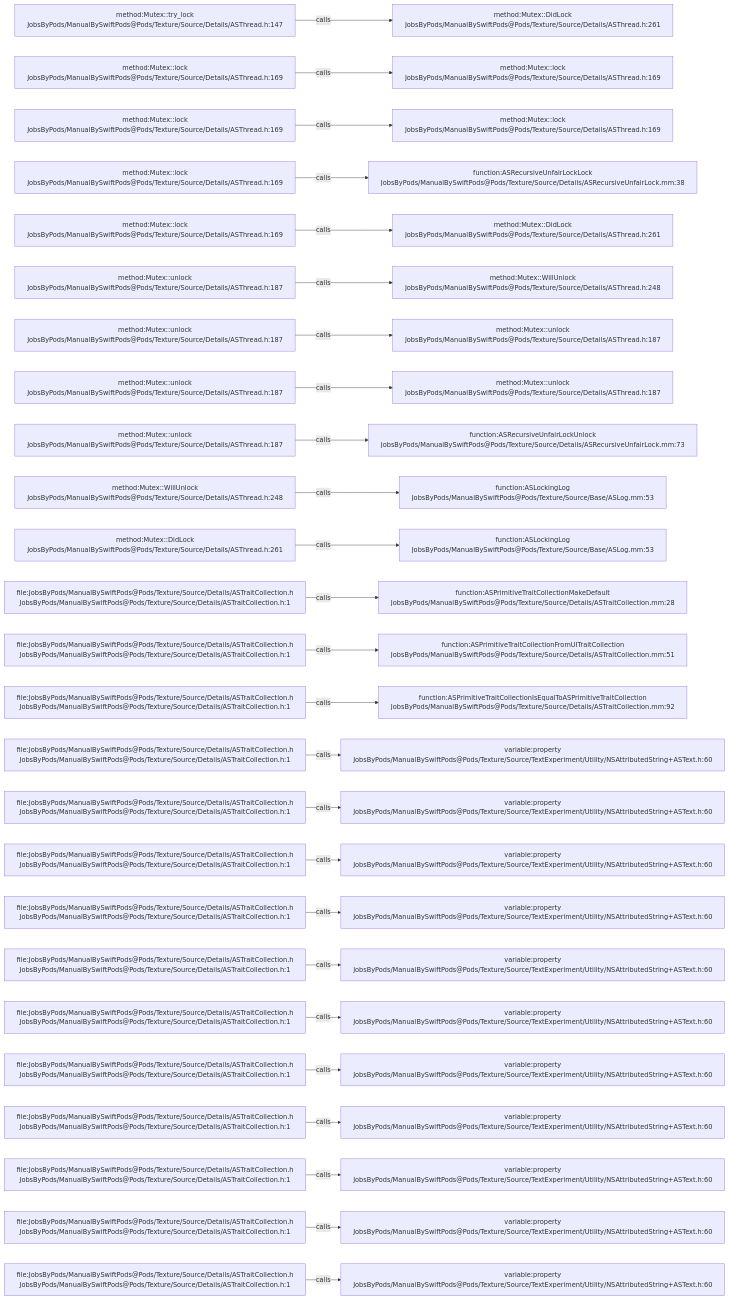
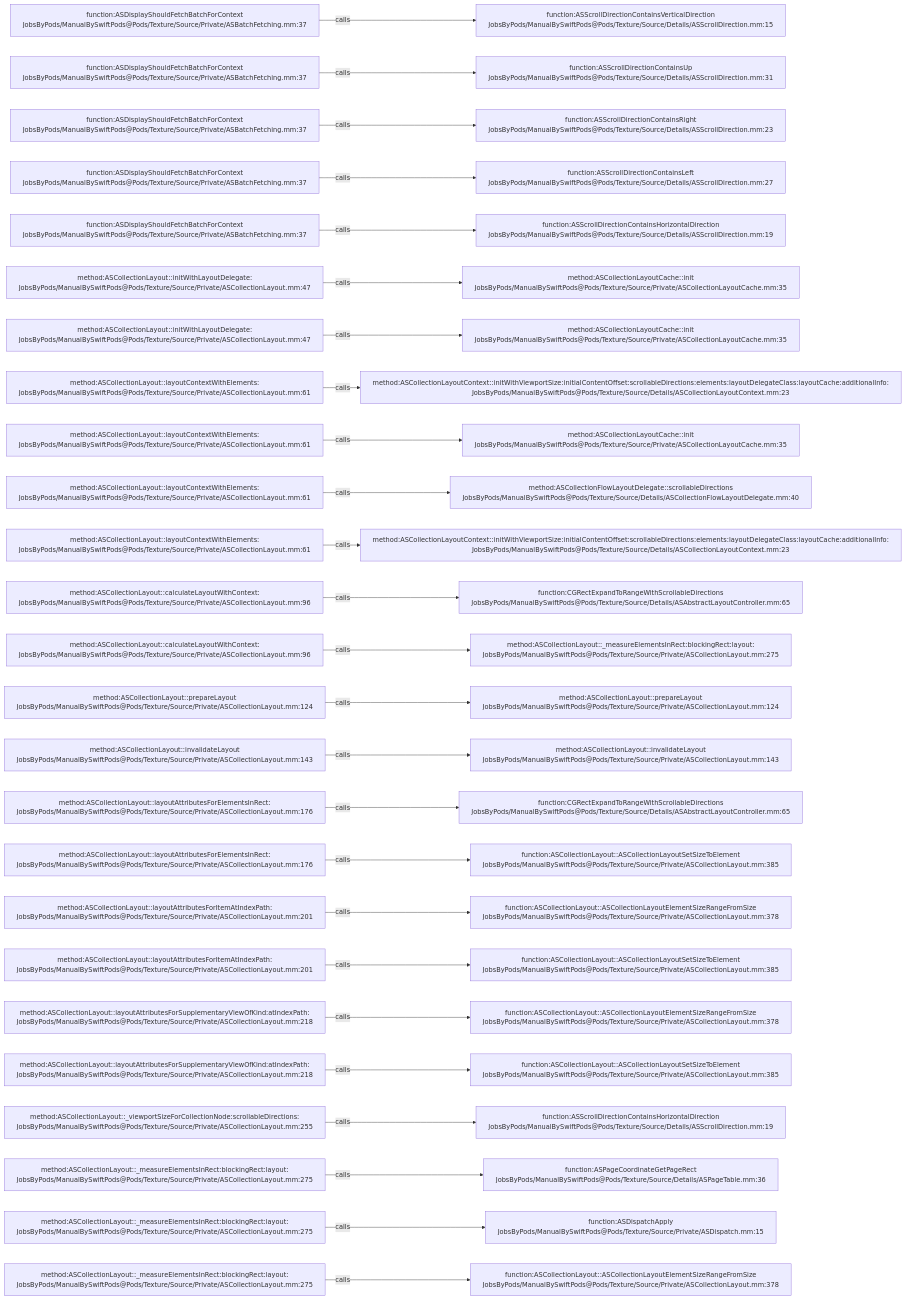
One commit to JobsKits/JobsSwiftBaseConfigDemo changed the diagram in .codegraph/codegraph.md/graphs/calls-115.md. Above: the diagram before and after it, drawn with Mermaid. The commit also changed 832 other files, not shown here.

````diff
--- a/.codegraph/codegraph.md/graphs/calls-115.md
+++ b/.codegraph/codegraph.md/graphs/calls-115.md
@@ -13,78 +13,78 @@
 ```mermaid
 flowchart LR
-  S1["method:Mutex::try_lock<br/>JobsByPods/ManualBySwiftPods@Pods/Texture/Source/Details/ASThread.h:147"]
-  T1["method:Mutex::DidLock<br/>JobsByPods/ManualBySwiftPods@Pods/Texture/Source/Details/ASThread.h:261"]
+  S1["function:ASDisplayShouldFetchBatchForContext<br/>JobsByPods/ManualBySwiftPods@Pods/Texture/Source/Private/ASBatchFetching.mm:37"]
+  T1["function:ASScrollDirectionContainsVerticalDirection<br/>JobsByPods/ManualBySwiftPods@Pods/Texture/Source/Details/ASScrollDirection.mm:15"]
   S1 -->|calls| T1
-  S2["method:Mutex::lock<br/>JobsByPods/ManualBySwiftPods@Pods/Texture/Source/Details/ASThread.h:169"]
-  T2["method:Mutex::lock<br/>JobsByPods/ManualBySwiftPods@Pods/Texture/Source/Details/ASThread.h:169"]
+  S2["function:ASDisplayShouldFetchBatchForContext<br/>JobsByPods/ManualBySwiftPods@Pods/Texture/Source/Private/ASBatchFetching.mm:37"]
+  T2["function:ASScrollDirectionContainsUp<br/>JobsByPods/ManualBySwiftPods@Pods/Texture/Source/Details/ASScrollDirection.mm:31"]
   S2 -->|calls| T2
-  S3["method:Mutex::lock<br/>JobsByPods/ManualBySwiftPods@Pods/Texture/Source/Details/ASThread.h:169"]
-  T3["method:Mutex::lock<br/>JobsByPods/ManualBySwiftPods@Pods/Texture/Source/Details/ASThread.h:169"]
+  S3["function:ASDisplayShouldFetchBatchForContext<br/>JobsByPods/ManualBySwiftPods@Pods/Texture/Source/Private/ASBatchFetching.mm:37"]
+  T3["function:ASScrollDirectionContainsRight<br/>JobsByPods/ManualBySwiftPods@Pods/Texture/Source/Details/ASScrollDirection.mm:23"]
   S3 -->|calls| T3
-  S4["method:Mutex::lock<br/>JobsByPods/ManualBySwiftPods@Pods/Texture/Source/Details/ASThread.h:169"]
-  T4["function:ASRecursiveUnfairLockLock<br/>JobsByPods/ManualBySwiftPods@Pods/Texture/Source/Details/ASRecursiveUnfairLock.mm:38"]
+  S4["function:ASDisplayShouldFetchBatchForContext<br/>JobsByPods/ManualBySwiftPods@Pods/Texture/Source/Private/ASBatchFetching.mm:37"]
+  T4["function:ASScrollDirectionContainsLeft<br/>JobsByPods/ManualBySwiftPods@Pods/Texture/Source/Details/ASScrollDirection.mm:27"]
   S4 -->|calls| T4
-  S5["method:Mutex::lock<br/>JobsByPods/ManualBySwiftPods@Pods/Texture/Source/Details/ASThread.h:169"]
-  T5["method:Mutex::DidLock<br/>JobsByPods/ManualBySwiftPods@Pods/Texture/Source/Details/ASThread.h:261"]
+  S5["function:ASDisplayShouldFetchBatchForContext<br/>JobsByPods/ManualBySwiftPods@Pods/Texture/Source/Private/ASBatchFetching.mm:37"]
+  T5["function:ASScrollDirectionContainsHorizontalDirection<br/>JobsByPods/ManualBySwiftPods@Pods/Texture/Source/Details/ASScrollDirection.mm:19"]
   S5 -->|calls| T5
-  S6["method:Mutex::unlock<br/>JobsByPods/ManualBySwiftPods@Pods/Texture/Source/Details/ASThread.h:187"]
-  T6["method:Mutex::WillUnlock<br/>JobsByPods/ManualBySwiftPods@Pods/Texture/Source/Details/ASThread.h:248"]
+  S6["method:ASCollectionLayout::initWithLayoutDelegate:<br/>JobsByPods/ManualBySwiftPods@Pods/Texture/Source/Private/ASCollectionLayout.mm:47"]
+  T6["method:ASCollectionLayoutCache::init<br/>JobsByPods/ManualBySwiftPods@Pods/Texture/Source/Private/ASCollectionLayoutCache.mm:35"]
   S6 -->|calls| T6
-  S7["method:Mutex::unlock<br/>JobsByPods/ManualBySwiftPods@Pods/Texture/Source/Details/ASThread.h:187"]
-  T7["method:Mutex::unlock<br/>JobsByPods/ManualBySwiftPods@Pods/Texture/Source/Details/ASThread.h:187"]
+  S7["method:ASCollectionLayout::initWithLayoutDelegate:<br/>JobsByPods/ManualBySwiftPods@Pods/Texture/Source/Private/ASCollectionLayout.mm:47"]
+  T7["method:ASCollectionLayoutCache::init<br/>JobsByPods/ManualBySwiftPods@Pods/Texture/Source/Private/ASCollectionLayoutCache.mm:35"]
   S7 -->|calls| T7
-  S8["method:Mutex::unlock<br/>JobsByPods/ManualBySwiftPods@Pods/Texture/Source/Details/ASThread.h:187"]
-  T8["method:Mutex::unlock<br/>JobsByPods/ManualBySwiftPods@Pods/Texture/Source/Details/ASThread.h:187"]
+  S8["method:ASCollectionLayout::layoutContextWithElements:<br/>JobsByPods/ManualBySwiftPods@Pods/Texture/Source/Private/ASCollectionLayout.mm:61"]
+  T8["method:ASCollectionLayoutContext::initWithViewportSize:initialContentOffset:scrollableDirections:elements:layoutDelegateClass:layoutCache:additionalInfo:<br/>JobsByPods/ManualBySwiftPods@Pods/Texture/Source/Details/ASCollectionLayoutContext.mm:23"]
   S8 -->|calls| T8
-  S9["method:Mutex::unlock<br/>JobsByPods/ManualBySwiftPods@Pods/Texture/Source/Details/ASThread.h:187"]
-  T9["function:ASRecursiveUnfairLockUnlock<br/>JobsByPods/ManualBySwiftPods@Pods/Texture/Source/Details/ASRecursiveUnfairLock.mm:73"]
+  S9["method:ASCollectionLayout::layoutContextWithElements:<br/>JobsByPods/ManualBySwiftPods@Pods/Texture/Source/Private/ASCollectionLayout.mm:61"]
+  T9["method:ASCollectionLayoutCache::init<br/>JobsByPods/ManualBySwiftPods@Pods/Texture/Source/Private/ASCollectionLayoutCache.mm:35"]
   S9 -->|calls| T9
-  S10["method:Mutex::WillUnlock<br/>JobsByPods/ManualBySwiftPods@Pods/Texture/Source/Details/ASThread.h:248"]
-  T10["function:ASLockingLog<br/>JobsByPods/ManualBySwiftPods@Pods/Texture/Source/Base/ASLog.mm:53"]
+  S10["method:ASCollectionLayout::layoutContextWithElements:<br/>JobsByPods/ManualBySwiftPods@Pods/Texture/Source/Private/ASCollectionLayout.mm:61"]
+  T10["method:ASCollectionFlowLayoutDelegate::scrollableDirections<br/>JobsByPods/ManualBySwiftPods@Pods/Texture/Source/Details/ASCollectionFlowLayoutDelegate.mm:40"]
   S10 -->|calls| T10
-  S11["method:Mutex::DidLock<br/>JobsByPods/ManualBySwiftPods@Pods/Texture/Source/Details/ASThread.h:261"]
-  T11["function:ASLockingLog<br/>JobsByPods/ManualBySwiftPods@Pods/Texture/Source/Base/ASLog.mm:53"]
+  S11["method:ASCollectionLayout::layoutContextWithElements:<br/>JobsByPods/ManualBySwiftPods@Pods/Texture/Source/Private/ASCollectionLayout.mm:61"]
+  T11["method:ASCollectionLayoutContext::initWithViewportSize:initialContentOffset:scrollableDirections:elements:layoutDelegateClass:layoutCache:additionalInfo:<br/>JobsByPods/ManualBySwiftPods@Pods/Texture/Source/Details/ASCollectionLayoutContext.mm:23"]
   S11 -->|calls| T11
-  S12["file:JobsByPods/ManualBySwiftPods@Pods/Texture/Source/Details/ASTraitCollection.h<br/>JobsByPods/ManualBySwiftPods@Pods/Texture/Source/Details/ASTraitCollection.h:1"]
-  T12["function:ASPrimitiveTraitCollectionMakeDefault<br/>JobsByPods/ManualBySwiftPods@Pods/Texture/Source/Details/ASTraitCollection.mm:28"]
+  S12["method:ASCollectionLayout::calculateLayoutWithContext:<br/>JobsByPods/ManualBySwiftPods@Pods/Texture/Source/Private/ASCollectionLayout.mm:96"]
+  T12["function:CGRectExpandToRangeWithScrollableDirections<br/>JobsByPods/ManualBySwiftPods@Pods/Texture/Source/Details/ASAbstractLayoutController.mm:65"]
   S12 -->|calls| T12
-  S13["file:JobsByPods/ManualBySwiftPods@Pods/Texture/Source/Details/ASTraitCollection.h<br/>JobsByPods/ManualBySwiftPods@Pods/Texture/Source/Details/ASTraitCollection.h:1"]
-  T13["function:ASPrimitiveTraitCollectionFromUITraitCollection<br/>JobsByPods/ManualBySwiftPods@Pods/Texture/Source/Details/ASTraitCollection.mm:51"]
+  S13["method:ASCollectionLayout::calculateLayoutWithContext:<br/>JobsByPods/ManualBySwiftPods@Pods/Texture/Source/Private/ASCollectionLayout.mm:96"]
+  T13["method:ASCollectionLayout::_measureElementsInRect:blockingRect:layout:<br/>JobsByPods/ManualBySwiftPods@Pods/Texture/Source/Private/ASCollectionLayout.mm:275"]
   S13 -->|calls| T13
-  S14["file:JobsByPods/ManualBySwiftPods@Pods/Texture/Source/Details/ASTraitCollection.h<br/>JobsByPods/ManualBySwiftPods@Pods/Texture/Source/Details/ASTraitCollection.h:1"]
-  T14["function:ASPrimitiveTraitCollectionIsEqualToASPrimitiveTraitCollection<br/>JobsByPods/ManualBySwiftPods@Pods/Texture/Source/Details/ASTraitCollection.mm:92"]
+  S14["method:ASCollectionLayout::prepareLayout<br/>JobsByPods/ManualBySwiftPods@Pods/Texture/Source/Private/ASCollectionLayout.mm:124"]
+  T14["method:ASCollectionLayout::prepareLayout<br/>JobsByPods/ManualBySwiftPods@Pods/Texture/Source/Private/ASCollectionLayout.mm:124"]
   S14 -->|calls| T14
-  S15["file:JobsByPods/ManualBySwiftPods@Pods/Texture/Source/Details/ASTraitCollection.h<br/>JobsByPods/ManualBySwiftPods@Pods/Texture/Source/Details/ASTraitCollection.h:1"]
-  T15["variable:property<br/>JobsByPods/ManualBySwiftPods@Pods/Texture/Source/TextExperiment/Utility/NSAttributedString+ASText.h:60"]
+  S15["method:ASCollectionLayout::invalidateLayout<br/>JobsByPods/ManualBySwiftPods@Pods/Texture/Source/Private/ASCollectionLayout.mm:143"]
+  T15["method:ASCollectionLayout::invalidateLayout<br/>JobsByPods/ManualBySwiftPods@Pods/Texture/Source/Private/ASCollectionLayout.mm:143"]
   S15 -->|calls| T15
-  S16["file:JobsByPods/ManualBySwiftPods@Pods/Texture/Source/Details/ASTraitCollection.h<br/>JobsByPods/ManualBySwiftPods@Pods/Texture/Source/Details/ASTraitCollection.h:1"]
-  T16["variable:property<br/>JobsByPods/ManualBySwiftPods@Pods/Texture/Source/TextExperiment/Utility/NSAttributedString+ASText.h:60"]
+  S16["method:ASCollectionLayout::layoutAttributesForElementsInRect:<br/>JobsByPods/ManualBySwiftPods@Pods/Texture/Source/Private/ASCollectionLayout.mm:176"]
+  T16["function:CGRectExpandToRangeWithScrollableDirections<br/>JobsByPods/ManualBySwiftPods@Pods/Texture/Source/Details/ASAbstractLayoutController.mm:65"]
   S16 -->|calls| T16
-  S17["file:JobsByPods/ManualBySwiftPods@Pods/Texture/Source/Details/ASTraitCollection.h<br/>JobsByPods/ManualBySwiftPods@Pods/Texture/Source/Details/ASTraitCollection.h:1"]
-  T17["variable:property<br/>JobsByPods/ManualBySwiftPods@Pods/Texture/Source/TextExperiment/Utility/NSAttributedString+ASText.h:60"]
+  S17["method:ASCollectionLayout::layoutAttributesForElementsInRect:<br/>JobsByPods/ManualBySwiftPods@Pods/Texture/Source/Private/ASCollectionLayout.mm:176"]
+  T17["function:ASCollectionLayout::ASCollectionLayoutSetSizeToElement<br/>JobsByPods/ManualBySwiftPods@Pods/Texture/Source/Private/ASCollectionLayout.mm:385"]
   S17 -->|calls| T17
-  S18["file:JobsByPods/ManualBySwiftPods@Pods/Texture/Source/Details/ASTraitCollection.h<br/>JobsByPods/ManualBySwiftPods@Pods/Texture/Source/Details/ASTraitCollection.h:1"]
-  T18["variable:property<br/>JobsByPods/ManualBySwiftPods@Pods/Texture/Source/TextExperiment/Utility/NSAttributedString+ASText.h:60"]
+  S18["method:ASCollectionLayout::layoutAttributesForItemAtIndexPath:<br/>JobsByPods/ManualBySwiftPods@Pods/Texture/Source/Private/ASCollectionLayout.mm:201"]
+  T18["function:ASCollectionLayout::ASCollectionLayoutElementSizeRangeFromSize<br/>JobsByPods/ManualBySwiftPods@Pods/Texture/Source/Private/ASCollectionLayout.mm:378"]
   S18 -->|calls| T18
-  S19["file:JobsByPods/ManualBySwiftPods@Pods/Texture/Source/Details/ASTraitCollection.h<br/>JobsByPods/ManualBySwiftPods@Pods/Texture/Source/Details/ASTraitCollection.h:1"]
-  T19["variable:property<br/>JobsByPods/ManualBySwiftPods@Pods/Texture/Source/TextExperiment/Utility/NSAttributedString+ASText.h:60"]
+  S19["method:ASCollectionLayout::layoutAttributesForItemAtIndexPath:<br/>JobsByPods/ManualBySwiftPods@Pods/Texture/Source/Private/ASCollectionLayout.mm:201"]
+  T19["function:ASCollectionLayout::ASCollectionLayoutSetSizeToElement<br/>JobsByPods/ManualBySwiftPods@Pods/Texture/Source/Private/ASCollectionLayout.mm:385"]
   S19 -->|calls| T19
-  S20["file:JobsByPods/ManualBySwiftPods@Pods/Texture/Source/Details/ASTraitCollection.h<br/>JobsByPods/ManualBySwiftPods@Pods/Texture/Source/Details/ASTraitCollection.h:1"]
-  T20["variable:property<br/>JobsByPods/ManualBySwiftPods@Pods/Texture/Source/TextExperiment/Utility/NSAttributedString+ASText.h:60"]
+  S20["method:ASCollectionLayout::layoutAttributesForSupplementaryViewOfKind:atIndexPath:<br/>JobsByPods/ManualBySwiftPods@Pods/Texture/Source/Private/ASCollectionLayout.mm:218"]
+  T20["function:ASCollectionLayout::ASCollectionLayoutElementSizeRangeFromSize<br/>JobsByPods/ManualBySwiftPods@Pods/Texture/Source/Private/ASCollectionLayout.mm:378"]
   S20 -->|calls| T20
-  S21["file:JobsByPods/ManualBySwiftPods@Pods/Texture/Source/Details/ASTraitCollection.h<br/>JobsByPods/ManualBySwiftPods@Pods/Texture/Source/Details/ASTraitCollection.h:1"]
-  T21["variable:property<br/>JobsByPods/ManualBySwiftPods@Pods/Texture/Source/TextExperiment/Utility/NSAttributedString+ASText.h:60"]
+  S21["method:ASCollectionLayout::layoutAttributesForSupplementaryViewOfKind:atIndexPath:<br/>JobsByPods/ManualBySwiftPods@Pods/Texture/Source/Private/ASCollectionLayout.mm:218"]
+  T21["function:ASCollectionLayout::ASCollectionLayoutSetSizeToElement<br/>JobsByPods/ManualBySwiftPods@Pods/Texture/Source/Private/ASCollectionLayout.mm:385"]
   S21 -->|calls| T21
-  S22["file:JobsByPods/ManualBySwiftPods@Pods/Texture/Source/Details/ASTraitCollection.h<br/>JobsByPods/ManualBySwiftPods@Pods/Texture/Source/Details/ASTraitCollection.h:1"]
-  T22["variable:property<br/>JobsByPods/ManualBySwiftPods@Pods/Texture/Source/TextExperiment/Utility/NSAttributedString+ASText.h:60"]
+  S22["method:ASCollectionLayout::_viewportSizeForCollectionNode:scrollableDirections:<br/>JobsByPods/ManualBySwiftPods@Pods/Texture/Source/Private/ASCollectionLayout.mm:255"]
+  T22["function:ASScrollDirectionContainsHorizontalDirection<br/>JobsByPods/ManualBySwiftPods@Pods/Texture/Source/Details/ASScrollDirection.mm:19"]
   S22 -->|calls| T22
-  S23["file:JobsByPods/ManualBySwiftPods@Pods/Texture/Source/Details/ASTraitCollection.h<br/>JobsByPods/ManualBySwiftPods@Pods/Texture/Source/Details/ASTraitCollection.h:1"]
-  T23["variable:property<br/>JobsByPods/ManualBySwiftPods@Pods/Texture/Source/TextExperiment/Utility/NSAttributedString+ASText.h:60"]
+  S23["method:ASCollectionLayout::_measureElementsInRect:blockingRect:layout:<br/>JobsByPods/ManualBySwiftPods@Pods/Texture/Source/Private/ASCollectionLayout.mm:275"]
+  T23["function:ASPageCoordinateGetPageRect<br/>JobsByPods/ManualBySwiftPods@Pods/Texture/Source/Details/ASPageTable.mm:36"]
   S23 -->|calls| T23
-  S24["file:JobsByPods/ManualBySwiftPods@Pods/Texture/Source/Details/ASTraitCollection.h<br/>JobsByPods/ManualBySwiftPods@Pods/Texture/Source/Details/ASTraitCollection.h:1"]
-  T24["variable:property<br/>JobsByPods/ManualBySwiftPods@Pods/Texture/Source/TextExperiment/Utility/NSAttributedString+ASText.h:60"]
+  S24["method:ASCollectionLayout::_measureElementsInRect:blockingRect:layout:<br/>JobsByPods/ManualBySwiftPods@Pods/Texture/Source/Private/ASCollectionLayout.mm:275"]
+  T24["function:ASDispatchApply<br/>JobsByPods/ManualBySwiftPods@Pods/Texture/Source/Private/ASDispatch.mm:15"]
   S24 -->|calls| T24
-  S25["file:JobsByPods/ManualBySwiftPods@Pods/Texture/Source/Details/ASTraitCollection.h<br/>JobsByPods/ManualBySwiftPods@Pods/Texture/Source/Details/ASTraitCollection.h:1"]
-  T25["variable:property<br/>JobsByPods/ManualBySwiftPods@Pods/Texture/Source/TextExperiment/Utility/NSAttributedString+ASText.h:60"]
+  S25["method:ASCollectionLayout::_measureElementsInRect:blockingRect:layout:<br/>JobsByPods/ManualBySwiftPods@Pods/Texture/Source/Private/ASCollectionLayout.mm:275"]
+  T25["function:ASCollectionLayout::ASCollectionLayoutElementSizeRangeFromSize<br/>JobsByPods/ManualBySwiftPods@Pods/Texture/Source/Private/ASCollectionLayout.mm:378"]
   S25 -->|calls| T25
 ```
````
